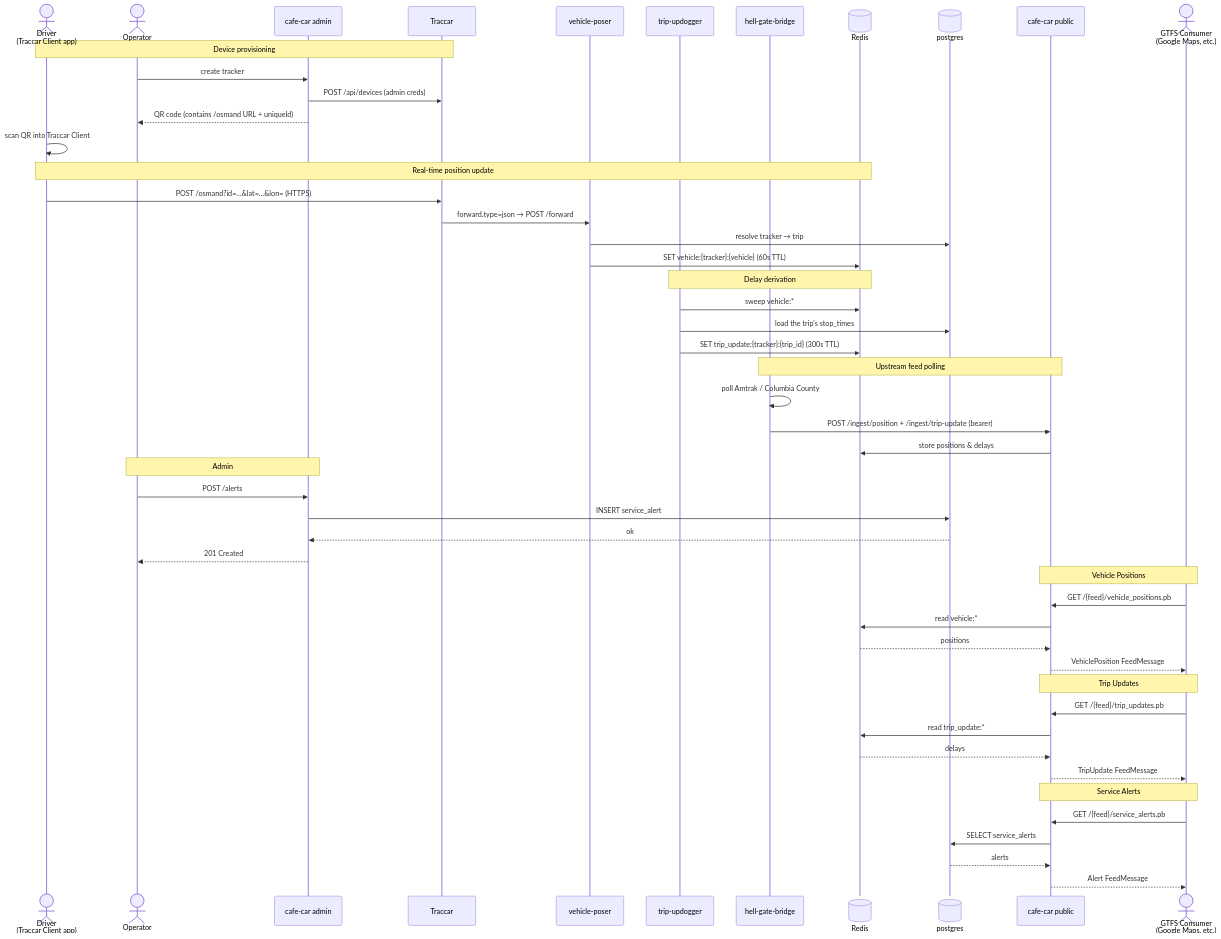
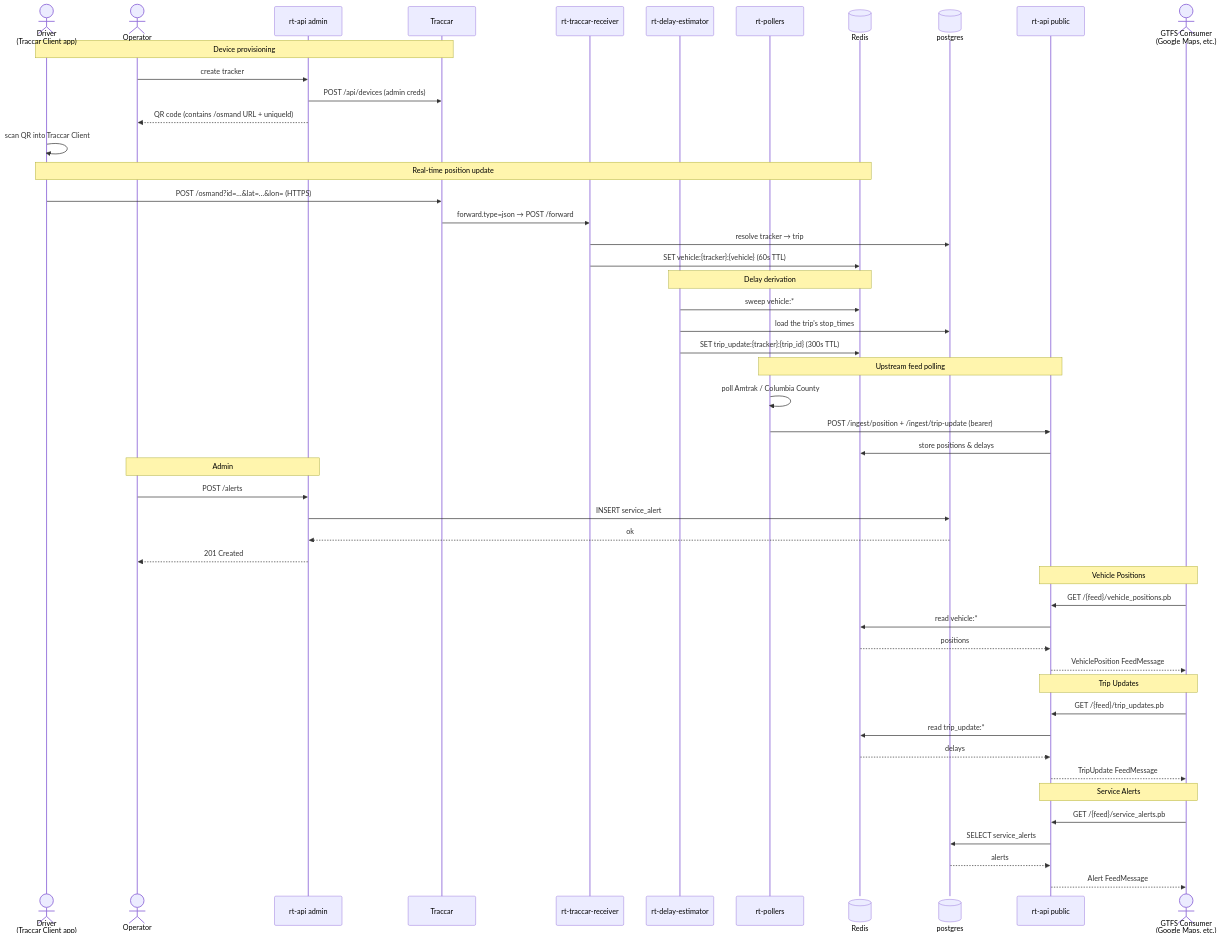
Before and after one commit to gtfs-zone/deploy-gtfs-rt: the second of 8 diagrams in README.md, drawn with Mermaid. The commit also changed other lines of this file and 3 other files, not shown here.

````diff
--- a/README.md
+++ b/README.md
@@ -100,60 +100,60 @@
 ```mermaid
 sequenceDiagram
     actor driver as Driver<br>(Traccar Client app)
     actor operator as Operator
-    participant mgr as cafe-car admin
+    participant mgr as rt-api admin
     participant tc as Traccar
-    participant vp as vehicle-poser
-    participant tu as trip-updogger
-    participant hgb as hell-gate-bridge
+    participant vp as rt-traccar-receiver
+    participant tu as rt-delay-estimator
+    participant hgb as rt-pollers
     participant Redis@{ "type": "database" }
     participant postgres@{ "type": "database" }
-    participant pub as cafe-car public
+    participant pub as rt-api public
     actor consumer as GTFS Consumer<br>(Google Maps, etc.)
 
     Note over driver,tc: Device provisioning
     operator->>mgr: create tracker
     mgr->>tc: POST /api/devices (admin creds)
     mgr-->>operator: QR code (contains /osmand URL + uniqueId)
     driver->>driver: scan QR into Traccar Client
 
     Note over driver,Redis: Real-time position update
     driver->>tc: POST /osmand?id=…&lat=…&lon= (HTTPS)
     tc->>vp: forward.type=json → POST /forward
     vp->>postgres: resolve tracker → trip
     vp->>Redis: SET vehicle:{tracker}:{vehicle} (60s TTL)
 
     Note over tu,Redis: Delay derivation
     tu->>Redis: sweep vehicle:*
     tu->>postgres: load the trip's stop_times
     tu->>Redis: SET trip_update:{tracker}:{trip_id} (300s TTL)
 
     Note over hgb,pub: Upstream feed polling
     hgb->>hgb: poll Amtrak / Columbia County
     hgb->>pub: POST /ingest/position + /ingest/trip-update (bearer)
     pub->>Redis: store positions & delays
 
     Note over operator,mgr: Admin
     operator->>mgr: POST /alerts
     mgr->>postgres: INSERT service_alert
     postgres-->>mgr: ok
     mgr-->>operator: 201 Created
 
     Note over pub,consumer: Vehicle Positions
     consumer->>pub: GET /{feed}/vehicle_positions.pb
     pub->>Redis: read vehicle:*
     Redis-->>pub: positions
     pub-->>consumer: VehiclePosition FeedMessage
 
     Note over pub,consumer: Trip Updates
     consumer->>pub: GET /{feed}/trip_updates.pb
     pub->>Redis: read trip_update:*
     Redis-->>pub: delays
     pub-->>consumer: TripUpdate FeedMessage
 
     Note over pub,consumer: Service Alerts
     consumer->>pub: GET /{feed}/service_alerts.pb
     pub->>postgres: SELECT service_alerts
     postgres-->>pub: alerts
     pub-->>consumer: Alert FeedMessage
 ```
````
